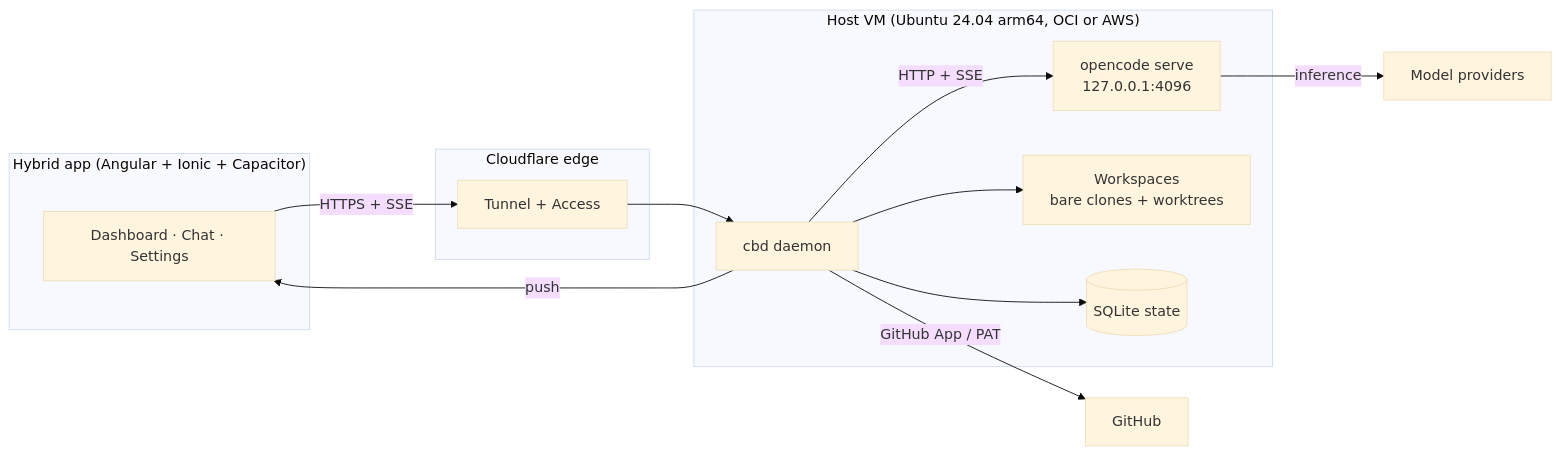
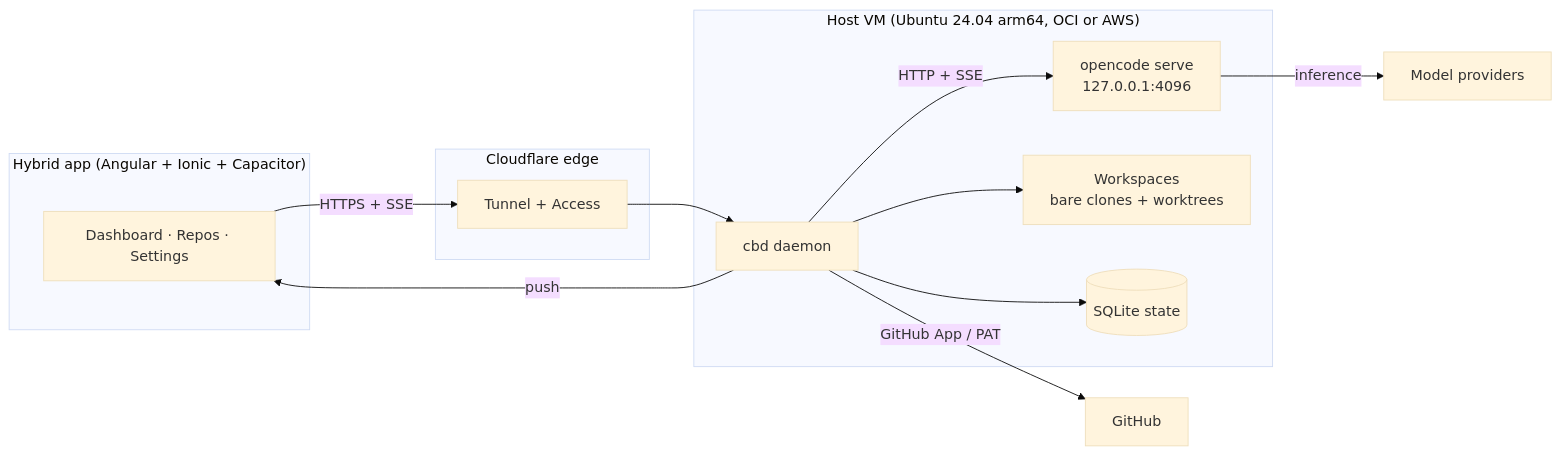
The diagram in README.md (danihp6/codebox), drawn with Mermaid (base theme) before and after one commit. The commit also changed other lines of this file and 16 other files, not shown here.

````diff
--- a/README.md
+++ b/README.md
@@ -36,25 +38,25 @@
 ```mermaid
 flowchart LR
   subgraph Phone["Hybrid app (Angular + Ionic + Capacitor)"]
-    UI[Dashboard · Chat · Settings]
+    UI[Dashboard · Repos · Settings]
   end
   subgraph Edge["Cloudflare edge"]
     T[Tunnel + Access]
   end
   subgraph VM["Host VM (Ubuntu 24.04 arm64, OCI or AWS)"]
     D[cbd daemon]
     O[opencode serve<br/>127.0.0.1:4096]
     W[Workspaces<br/>bare clones + worktrees]
     S[(SQLite state)]
   end
   GH[GitHub]
   M[Model providers]
 
   UI -->|HTTPS + SSE| T --> D
   D -->|HTTP + SSE| O
   D --> W
   D --> S
   D -->|GitHub App / PAT| GH
   O -->|inference| M
   D -->|push| UI
 ```
````
